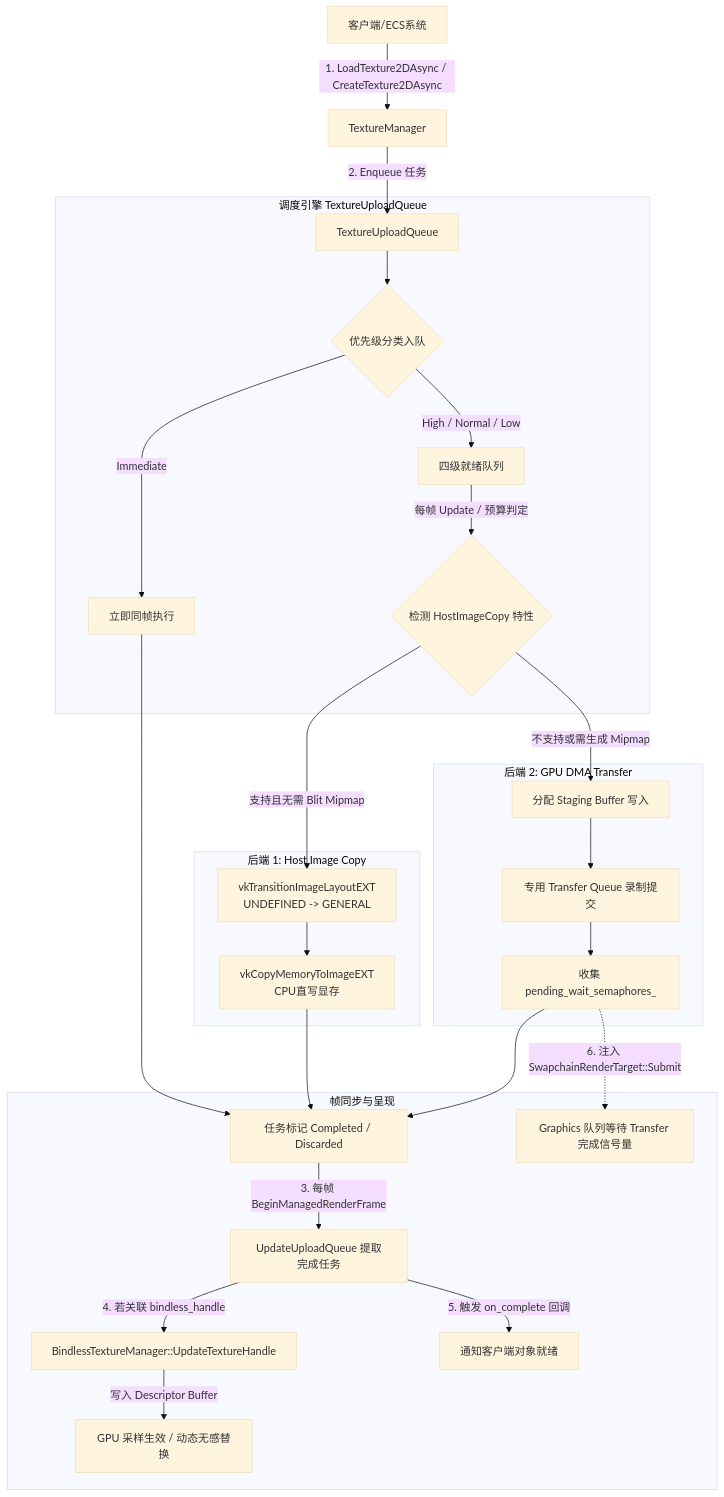
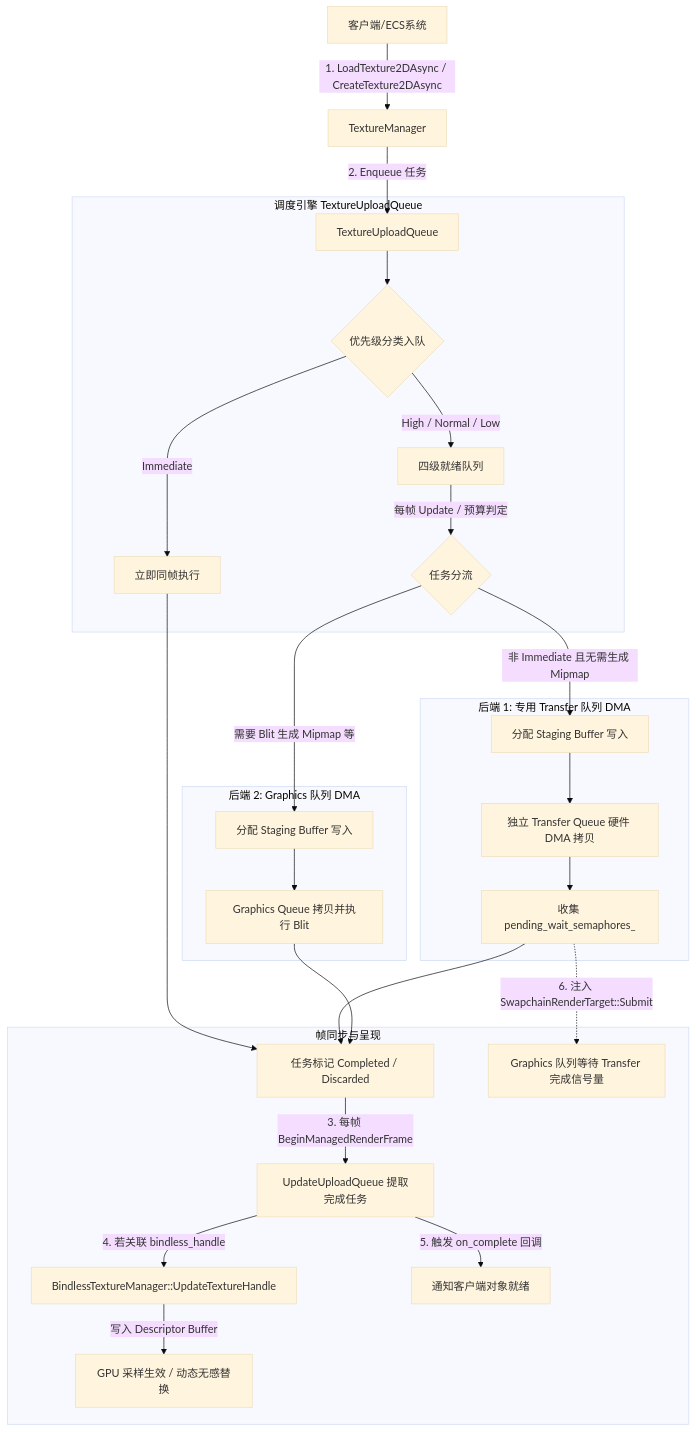
Before and after one commit to hyzboy/ULRE: the diagram in doc/async-texture-upload-and-bindless.md, drawn with Mermaid (base theme). The commit also changed other lines of this file and 11 other files, not shown here.

Commit message:
删除VK_EXT_host_image_copy支持

````diff
--- a/doc/async-texture-upload-and-bindless.md
+++ b/doc/async-texture-upload-and-bindless.md
@@ -27,35 +27,35 @@
 ```mermaid
 graph TD
     A[客户端/ECS系统] -->|1. LoadTexture2DAsync / CreateTexture2DAsync| B[TextureManager]
     B -->|2. Enqueue 任务| C[TextureUploadQueue]
     
     subgraph 调度引擎 TextureUploadQueue
         C --> D{优先级分类入队}
         D -->|Immediate| E[立即同帧执行]
         D -->|High / Normal / Low| F[四级就绪队列]
-        F -->|每帧 Update / 预算判定| G{检测 HostImageCopy 特性}
+        F -->|每帧 Update / 预算判定| G{任务分流}
     end
 
-    subgraph 后端 1: Host Image Copy
-        G -->|支持且无需 Blit Mipmap| H[vkTransitionImageLayoutEXT<br/>UNDEFINED -> GENERAL]
-        H --> I[vkCopyMemoryToImageEXT<br/>CPU直写显存]
+    subgraph 后端 1: 专用 Transfer 队列 DMA
+        G -->|非 Immediate 且无需生成 Mipmap| H[分配 Staging Buffer 写入]
+        H --> I[独立 Transfer Queue 硬件 DMA 拷贝]
+        I --> J[收集 pending_wait_semaphores_]
     end
 
-    subgraph 后端 2: GPU DMA Transfer
-        G -->|不支持或需生成 Mipmap| J[分配 Staging Buffer 写入]
-        J --> K[专用 Transfer Queue 录制提交]
-        K --> L[收集 pending_wait_semaphores_]
+    subgraph 后端 2: Graphics 队列 DMA
+        G -->|需要 Blit 生成 Mipmap 等| K[分配 Staging Buffer 写入]
+        K --> L[Graphics Queue 拷贝并执行 Blit]
     end
 
     E --> M[任务标记 Completed / Discarded]
-    I --> M
+    J --> M
     L --> M
 
     subgraph 帧同步与呈现
         M -->|3. 每帧 BeginManagedRenderFrame| N[UpdateUploadQueue 提取完成任务]
         N -->|4. 若关联 bindless_handle| O[BindlessTextureManager::UpdateTextureHandle]
         O -->|写入 Descriptor Buffer| P[GPU 采样生效 / 动态无感替换]
         N -->|5. 触发 on_complete 回调| Q[通知客户端对象就绪]
-        L -.->|6. 注入 SwapchainRenderTarget::Submit| R[Graphics 队列等待 Transfer 完成信号量]
+        J -.->|6. 注入 SwapchainRenderTarget::Submit| R[Graphics 队列等待 Transfer 完成信号量]
     end
 ```
````
